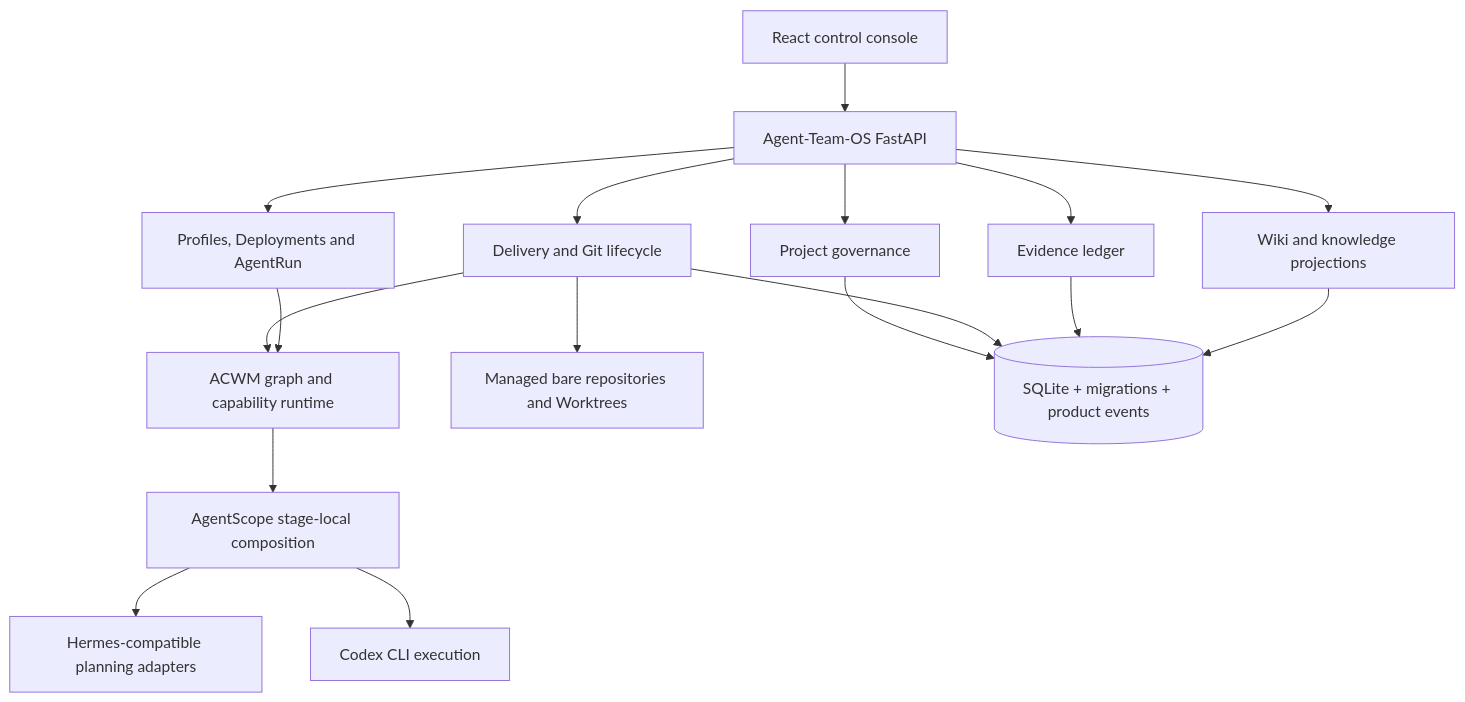
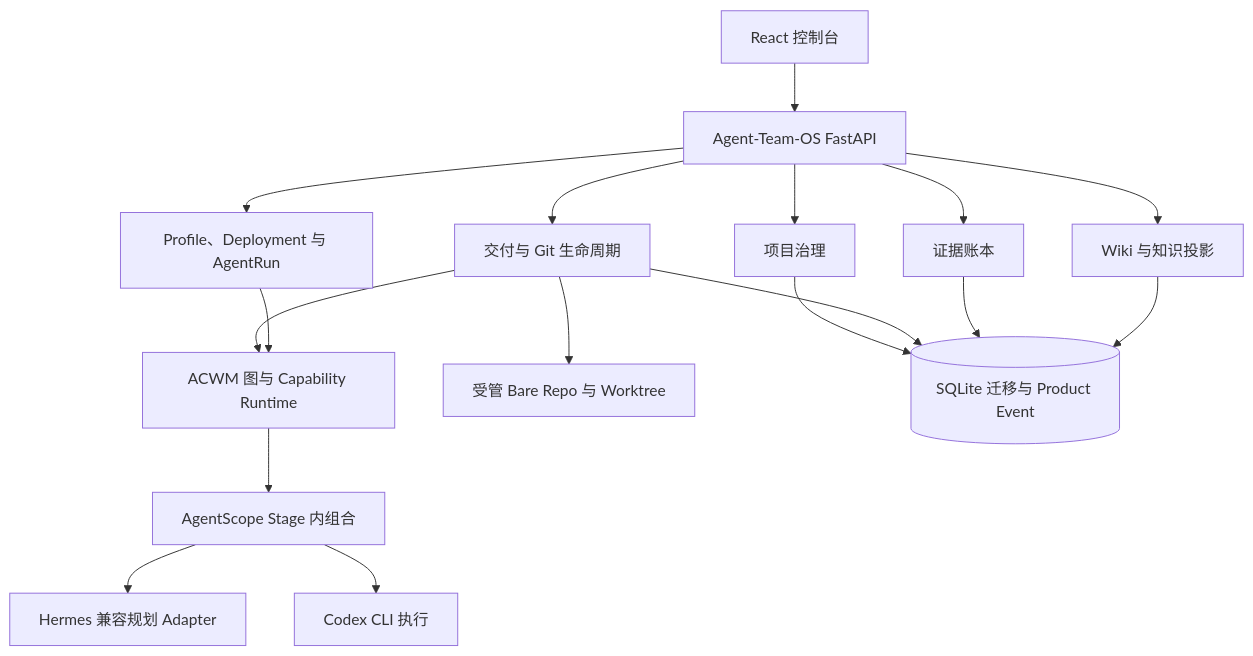
One commit to Jinchengawu/DEV-Agent-Teams-V2 changed the second of 2 diagrams in README.md. Above: the diagram before and after it, drawn with Mermaid. The commit also changed other lines of this file and 2 other files, not shown here.

````diff
--- a/README.md
+++ b/README.md
@@ -162,19 +162,19 @@
 ```mermaid
 flowchart TB
-    UI[React control console] --> API[Agent-Team-OS FastAPI]
-    API --> PROJECT[Project governance]
-    API --> DELIVERY[Delivery and Git lifecycle]
-    API --> AGENTS[Profiles, Deployments and AgentRun]
-    API --> EVIDENCE[Evidence ledger]
-    API --> KNOWLEDGE[Wiki and knowledge projections]
-    DELIVERY --> ACWM[ACWM graph and capability runtime]
+    UI[React 控制台] --> API[Agent-Team-OS FastAPI]
+    API --> PROJECT[项目治理]
+    API --> DELIVERY[交付与 Git 生命周期]
+    API --> AGENTS[Profile、Deployment 与 AgentRun]
+    API --> EVIDENCE[证据账本]
+    API --> KNOWLEDGE[Wiki 与知识投影]
+    DELIVERY --> ACWM[ACWM 图与 Capability Runtime]
     AGENTS --> ACWM
-    ACWM --> AS[AgentScope stage-local composition]
-    AS --> H[Hermes-compatible planning adapters]
-    AS --> C[Codex CLI execution]
-    DELIVERY --> GIT[Managed bare repositories and Worktrees]
-    PROJECT --> DB[(SQLite + migrations + product events)]
+    ACWM --> AS[AgentScope Stage 内组合]
+    AS --> H[Hermes 兼容规划 Adapter]
+    AS --> C[Codex CLI 执行]
+    DELIVERY --> GIT[受管 Bare Repo 与 Worktree]
+    PROJECT --> DB[(SQLite 迁移与 Product Event)]
     DELIVERY --> DB
     EVIDENCE --> DB
     KNOWLEDGE --> DB
 ```
````
